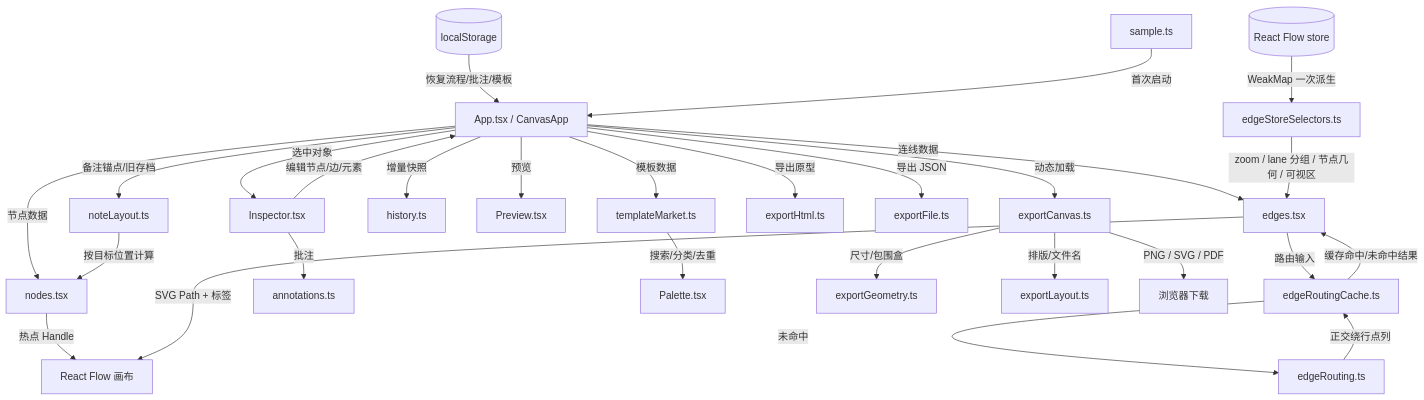
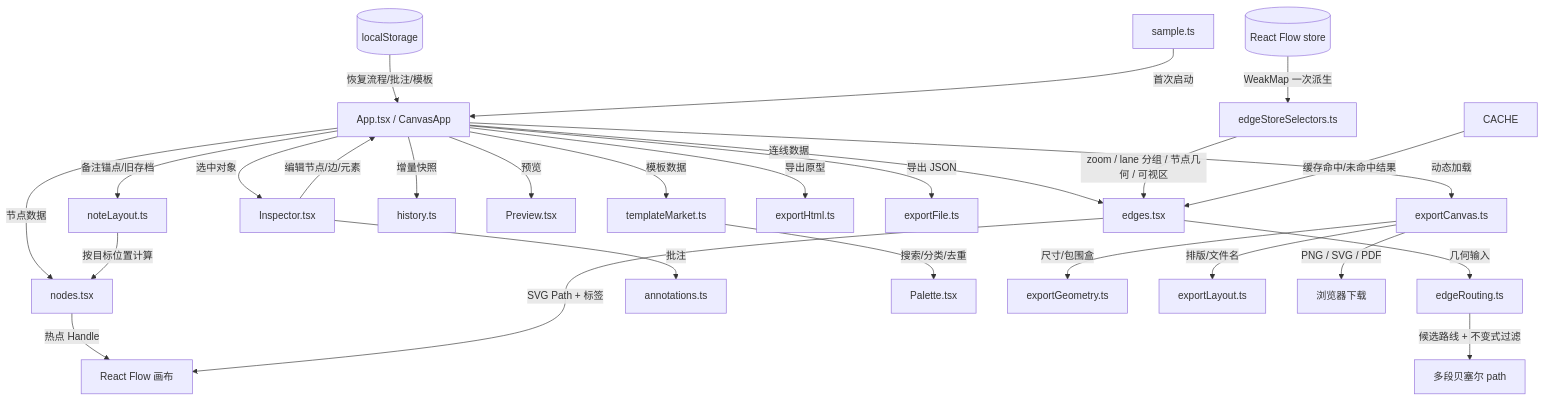
Before and after one commit to applesiPad/flowcraft: the diagram in GRAPH.md, drawn with Mermaid. The commit also changed other lines of this file and 2 other files, not shown here.

First line of the commit message:
docs: 连线系统自检报告定稿 + 进度文档补记 11-03 晚间工作 + 导航图同步

````diff
--- a/GRAPH.md
+++ b/GRAPH.md
@@ -70,30 +70,29 @@
 ```mermaid
 graph TD
     LS[(localStorage)] -->|恢复流程/批注/模板| APP[App.tsx / CanvasApp]
     SAMPLE[sample.ts] -->|首次启动| APP
     APP -->|节点数据| NODES[nodes.tsx]
     APP -->|连线数据| EDGES[edges.tsx]
     STORE[(React Flow store)] -->|WeakMap 一次派生| DERIVED[edgeStoreSelectors.ts]
     DERIVED -->|zoom / lane 分组 / 节点几何 / 可视区| EDGES
     NODES -->|热点 Handle| CANVAS[React Flow 画布]
-    EDGES -->|路由输入| CACHE[edgeRoutingCache.ts]
-    CACHE -->|未命中| ROUTE[edgeRouting.ts]
-    ROUTE -->|正交绕行点列| CACHE
+    EDGES -->|几何输入| ROUTE[edgeRouting.ts]
+    ROUTE -->|候选路线 + 不变式过滤| PATH[多段贝塞尔 path]
     CACHE -->|缓存命中/未命中结果| EDGES
     EDGES -->|SVG Path + 标签| CANVAS
     APP -->|备注锚点/旧存档| NOTELAYOUT[noteLayout.ts]
     NOTELAYOUT -->|按目标位置计算| NODES
     APP -->|选中对象| INSPECT[Inspector.tsx]
     INSPECT -->|批注| ANNOT[annotations.ts]
     INSPECT -->|编辑节点/边/元素| APP
     APP -->|增量快照| HISTORY[history.ts]
     APP -->|预览| PREVIEW[Preview.tsx]
     APP -->|模板数据| MARKET[templateMarket.ts]
     MARKET -->|搜索/分类/去重| PALETTE[Palette.tsx]
     APP -->|导出原型| HTML[exportHtml.ts]
     APP -->|导出 JSON| JSON[exportFile.ts]
     APP -->|动态加载| EXPORT[exportCanvas.ts]
     EXPORT -->|尺寸/包围盒| GEOM[exportGeometry.ts]
     EXPORT -->|排版/文件名| LAYOUT[exportLayout.ts]
     EXPORT -->|PNG / SVG / PDF| DOWNLOAD[浏览器下载]
 ```
````
